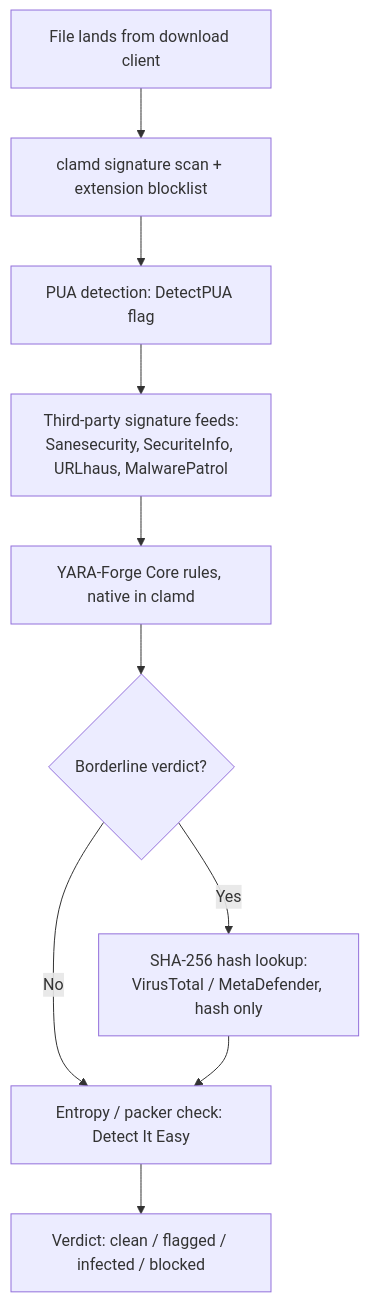
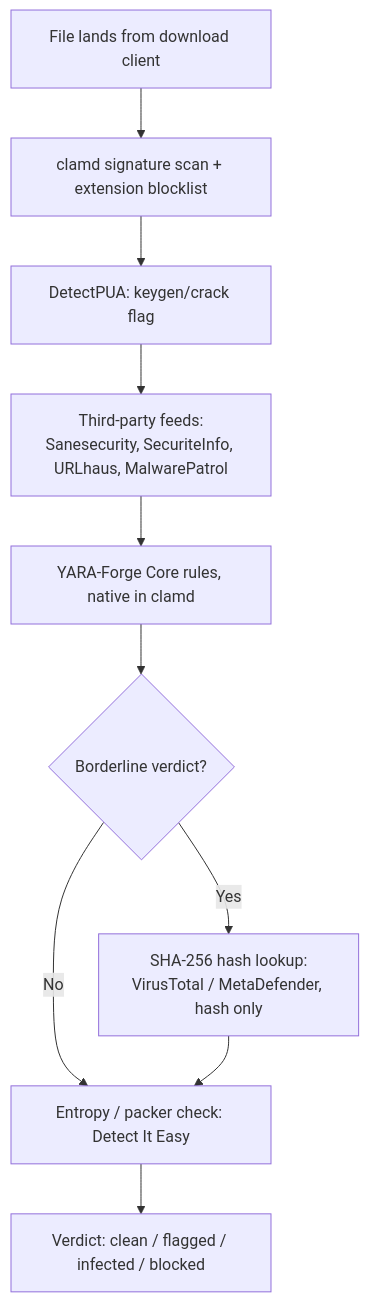
Before and after one commit to preston-bernstein/pres-ber-blog: the diagram in content/english/blog/clamav-clean-scan-doesnt-mean-safe.md, drawn with Mermaid. The commit also changed other lines of this file and 2 other files, not shown here.

````diff
--- a/content/english/blog/clamav-clean-scan-doesnt-mean-safe.md
+++ b/content/english/blog/clamav-clean-scan-doesnt-mean-safe.md
@@ -34,12 +28,12 @@
 ```mermaid
 flowchart TD
     A[File lands from download client] --> B[clamd signature scan + extension blocklist]
-    B --> C[PUA detection: DetectPUA flag]
-    C --> D["Third-party signature feeds:<br/>Sanesecurity, SecuriteInfo, URLhaus, MalwarePatrol"]
+    B --> C[DetectPUA: keygen/crack flag]
+    C --> D["Third-party feeds:<br/>Sanesecurity, SecuriteInfo, URLhaus, MalwarePatrol"]
     D --> E[YARA-Forge Core rules, native in clamd]
     E --> F{Borderline verdict?}
     F -->|Yes| G["SHA-256 hash lookup:<br/>VirusTotal / MetaDefender, hash only"]
     F -->|No| H[Entropy / packer check: Detect It Easy]
     G --> H
     H --> I[Verdict: clean / flagged / infected / blocked]
 ```
````
